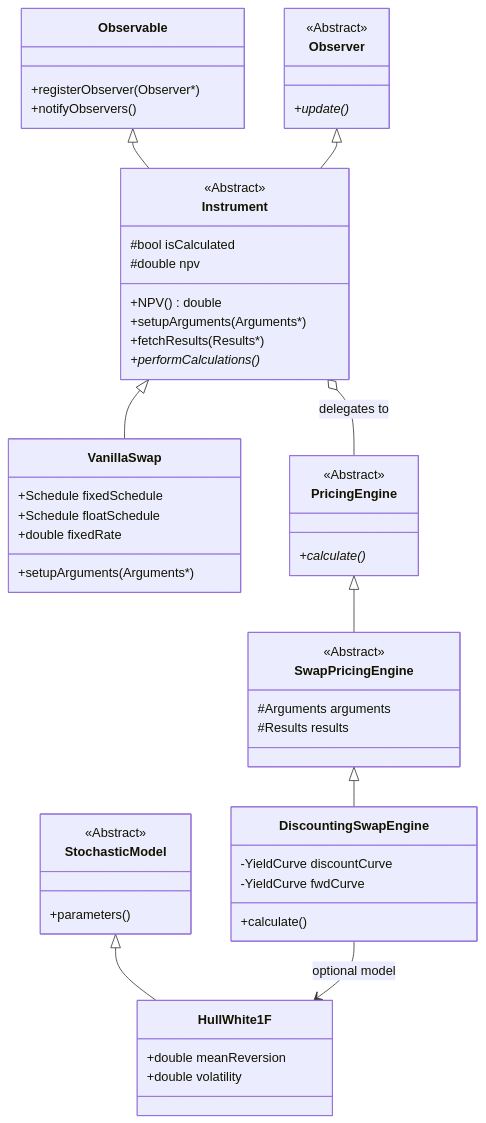
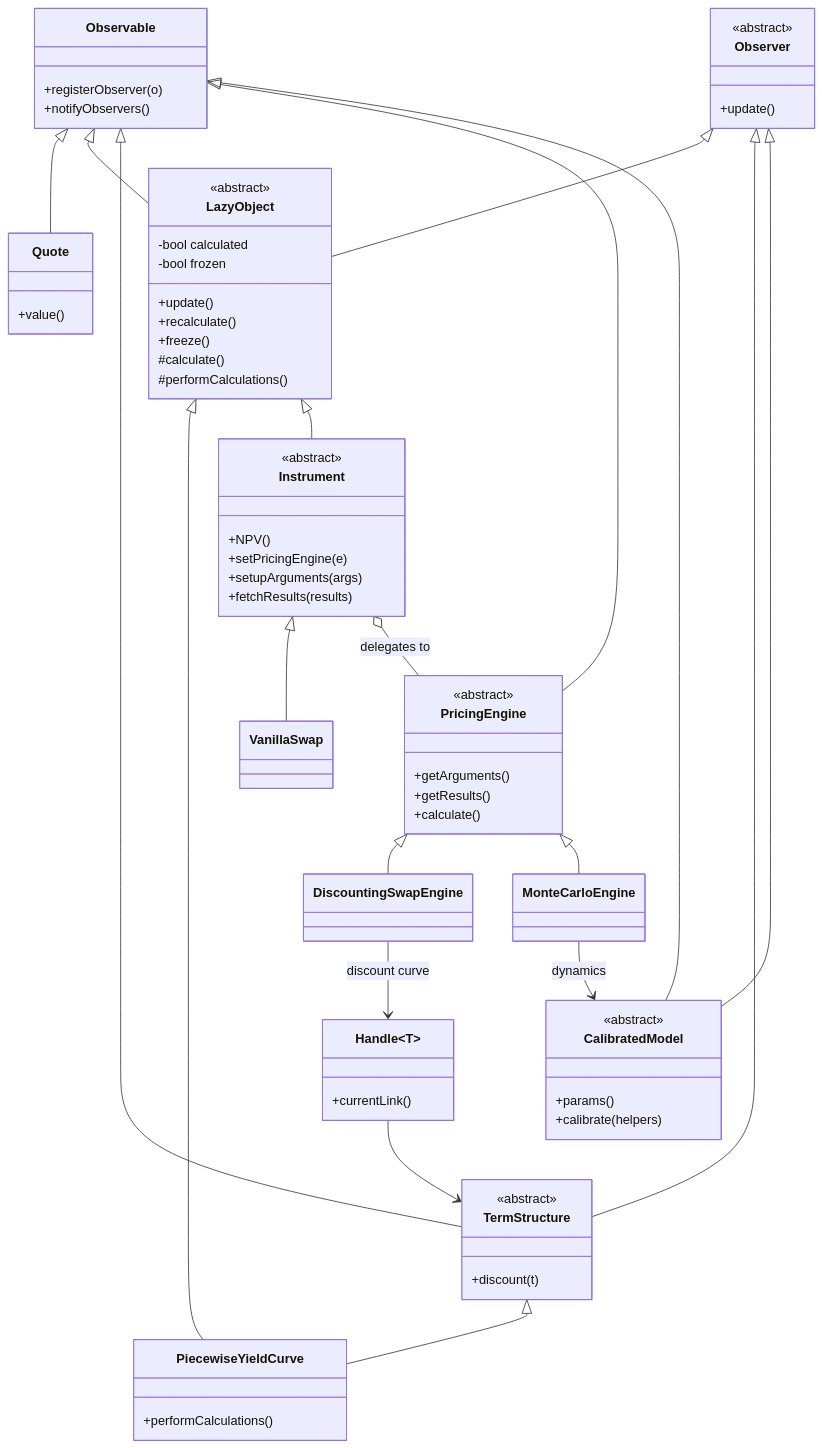
Before and after one commit to shreejitverma/The-Quant-Prep: the first of 3 diagrams in 18-Pricing-and-Risk-Systems/05-Pricing-Library-Architecture.md, drawn with Mermaid. The commit also changed other lines of this file and 12 other files, not shown here.

````diff
--- a/18-Pricing-and-Risk-Systems/05-Pricing-Library-Architecture.md
+++ b/18-Pricing-and-Risk-Systems/05-Pricing-Library-Architecture.md
@@ -37,65 +35,73 @@
 ```mermaid
 classDiagram
+    class Observable {
+        +registerObserver(o)
+        +notifyObservers()
+    }
+    class Observer {
+        <<abstract>>
+        +update()
+    }
+    class LazyObject {
+        <<abstract>>
+        -bool calculated
+        -bool frozen
+        +update()
+        +recalculate()
+        +freeze()
+        #calculate()
+        #performCalculations()
+    }
+    class Quote {
+        +value()
+    }
+    class Handle~T~ {
+        +currentLink()
+    }
+    class TermStructure {
+        <<abstract>>
+        +discount(t)
+    }
+    class PiecewiseYieldCurve {
+        +performCalculations()
+    }
     class Instrument {
-        <<Abstract>>
-        #bool isCalculated
-        #double npv
-        +NPV() double
-        +setupArguments(Arguments*)
-        +fetchResults(Results*)
-        +performCalculations()*
+        <<abstract>>
+        +NPV()
+        +setPricingEngine(e)
+        +setupArguments(args)
+        +fetchResults(results)
     }
-
-    class VanillaSwap {
-        +Schedule fixedSchedule
-        +Schedule floatSchedule
-        +double fixedRate
-        +setupArguments(Arguments*)
-    }
-
     class PricingEngine {
-        <<Abstract>>
-        +calculate()*
-    }
-
-    class SwapPricingEngine {
-        <<Abstract>>
-        #Arguments arguments
-        #Results results
-    }
-
-    class DiscountingSwapEngine {
-        -YieldCurve discountCurve
-        -YieldCurve fwdCurve
+        <<abstract>>
+        +getArguments()
+        +getResults()
         +calculate()
     }
-
-    class StochasticModel {
-        <<Abstract>>
-        +parameters()
+    class CalibratedModel {
+        <<abstract>>
+        +params()
+        +calibrate(helpers)
     }
-
-    class HullWhite1F {
-        +double meanReversion
-        +double volatility
-    }
-
-    class Observable {
-        +registerObserver(Observer*)
-        +notifyObservers()
-    }
-
-    class Observer {
-        <<Abstract>>
-        +update()*
-    }
-
+    class VanillaSwap
+    class DiscountingSwapEngine
+    class MonteCarloEngine
+    Observable <|-- Quote
+    Observable <|-- LazyObject
+    Observer <|-- LazyObject
+    Observable <|-- TermStructure
+    Observer <|-- TermStructure
+    TermStructure <|-- PiecewiseYieldCurve
+    LazyObject <|-- PiecewiseYieldCurve
+    LazyObject <|-- Instrument
+    Observable <|-- PricingEngine
+    Observable <|-- CalibratedModel
+    Observer <|-- CalibratedModel
     Instrument <|-- VanillaSwap
-    Observable <|-- Instrument
-    Observer <|-- Instrument
-    PricingEngine <|-- SwapPricingEngine
-    SwapPricingEngine <|-- DiscountingSwapEngine
+    PricingEngine <|-- DiscountingSwapEngine
+    PricingEngine <|-- MonteCarloEngine
     Instrument o-- PricingEngine : delegates to
-    StochasticModel <|-- HullWhite1F
-    DiscountingSwapEngine --> HullWhite1F : optional model
+    DiscountingSwapEngine --> Handle~T~ : discount curve
+    MonteCarloEngine --> CalibratedModel : dynamics
+    Handle~T~ --> TermStructure
 ```
````
